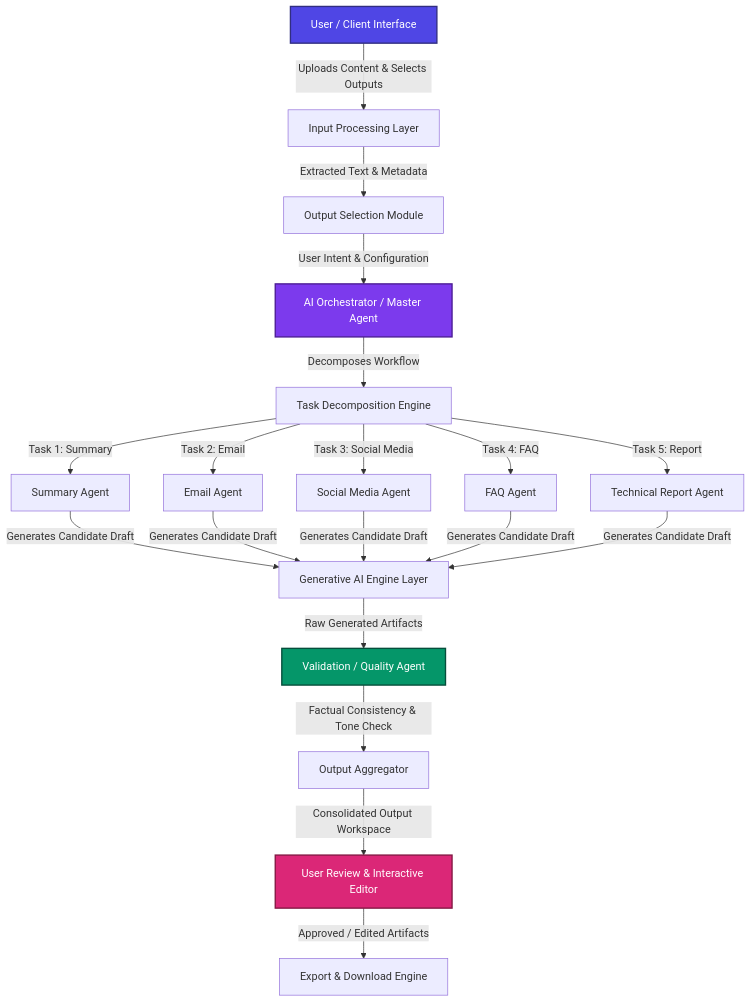
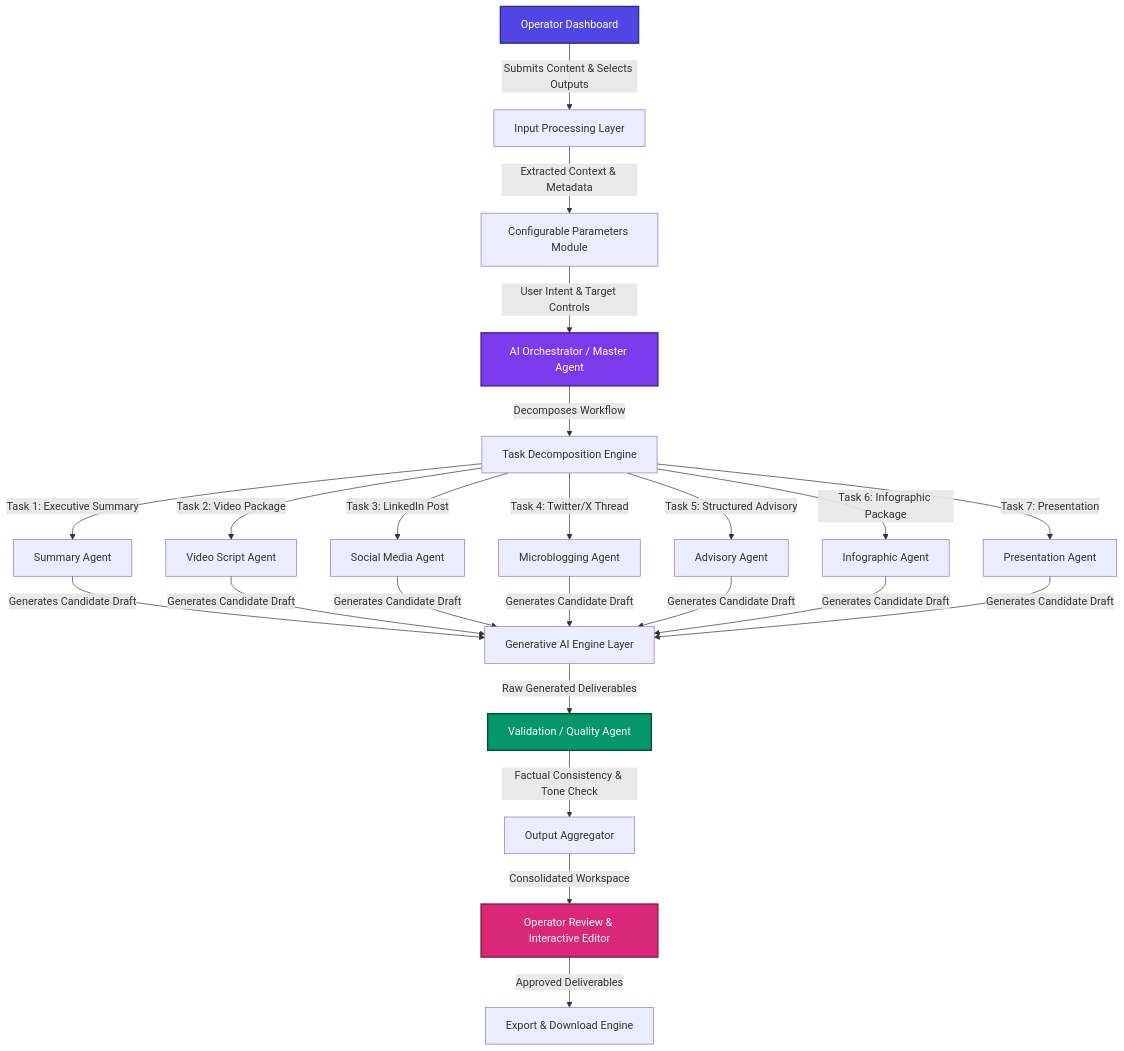
One commit to vishnu-vikas-5/TransformAI changed the diagram in README.md. Above: the diagram before and after it, drawn with Mermaid. The commit also changed other lines of this file and 28 other files, not shown here.

````diff
--- a/README.md
+++ b/README.md
@@ -120,30 +124,34 @@
 ```mermaid
 flowchart TD
-    A[User / Client Interface] -->|Uploads Content & Selects Outputs| B[Input Processing Layer]
-    B -->|Extracted Text & Metadata| C[Output Selection Module]
-    C -->|User Intent & Configuration| D[AI Orchestrator / Master Agent]
+    A[Operator Dashboard] -->|Submits Content & Selects Outputs| B[Input Processing Layer]
+    B -->|Extracted Context & Metadata| C[Configurable Parameters Module]
+    C -->|User Intent & Target Controls| D[AI Orchestrator / Master Agent]
     
     D -->|Decomposes Workflow| E[Task Decomposition Engine]
 
-    E -->|Task 1: Summary| F1[Summary Agent]
-    E -->|Task 2: Email| F2[Email Agent]
-    E -->|Task 3: Social Media| F3[Social Media Agent]
-    E -->|Task 4: FAQ| F4[FAQ Agent]
-    E -->|Task 5: Report| F5[Technical Report Agent]
+    E -->|Task 1: Executive Summary| F1[Summary Agent]
+    E -->|Task 2: Video Package| F2[Video Script Agent]
+    E -->|Task 3: LinkedIn Post| F3[Social Media Agent]
+    E -->|Task 4: Twitter/X Thread| F4[Microblogging Agent]
+    E -->|Task 5: Structured Advisory| F5[Advisory Agent]
+    E -->|Task 6: Infographic Package| F6[Infographic Agent]
+    E -->|Task 7: Presentation| F7[Presentation Agent]
 
     F1 -->|Generates Candidate Draft| G[Generative AI Engine Layer]
     F2 -->|Generates Candidate Draft| G
     F3 -->|Generates Candidate Draft| G
     F4 -->|Generates Candidate Draft| G
     F5 -->|Generates Candidate Draft| G
+    F6 -->|Generates Candidate Draft| G
+    F7 -->|Generates Candidate Draft| G
 
-    G -->|Raw Generated Artifacts| H[Validation / Quality Agent]
+    G -->|Raw Generated Deliverables| H[Validation / Quality Agent]
     H -->|Factual Consistency & Tone Check| I[Output Aggregator]
-    I -->|Consolidated Output Workspace| J[User Review & Interactive Editor]
-    J -->|Approved / Edited Artifacts| K[Export & Download Engine]
+    I -->|Consolidated Workspace| J[Operator Review & Interactive Editor]
+    J -->|Approved Deliverables| K[Export & Download Engine]
 
     style A fill:#4F46E5,color:#fff,stroke:#312E81,stroke-width:2px
     style D fill:#7C3AED,color:#fff,stroke:#4C1D95,stroke-width:2px
     style H fill:#059669,color:#fff,stroke:#064E3B,stroke-width:2px
     style J fill:#DB2777,color:#fff,stroke:#831843,stroke-width:2px
 ```
````
